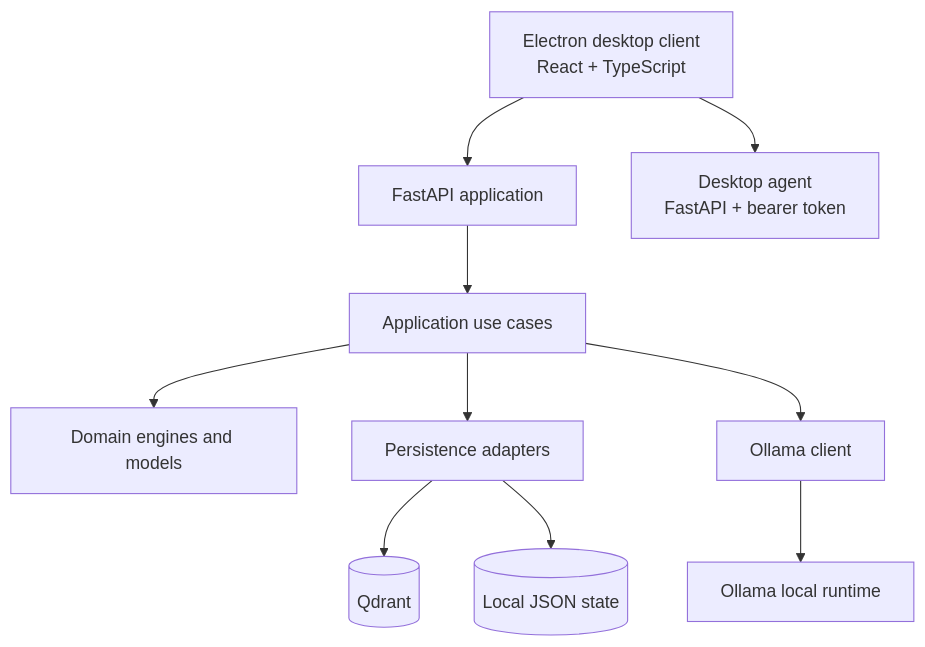
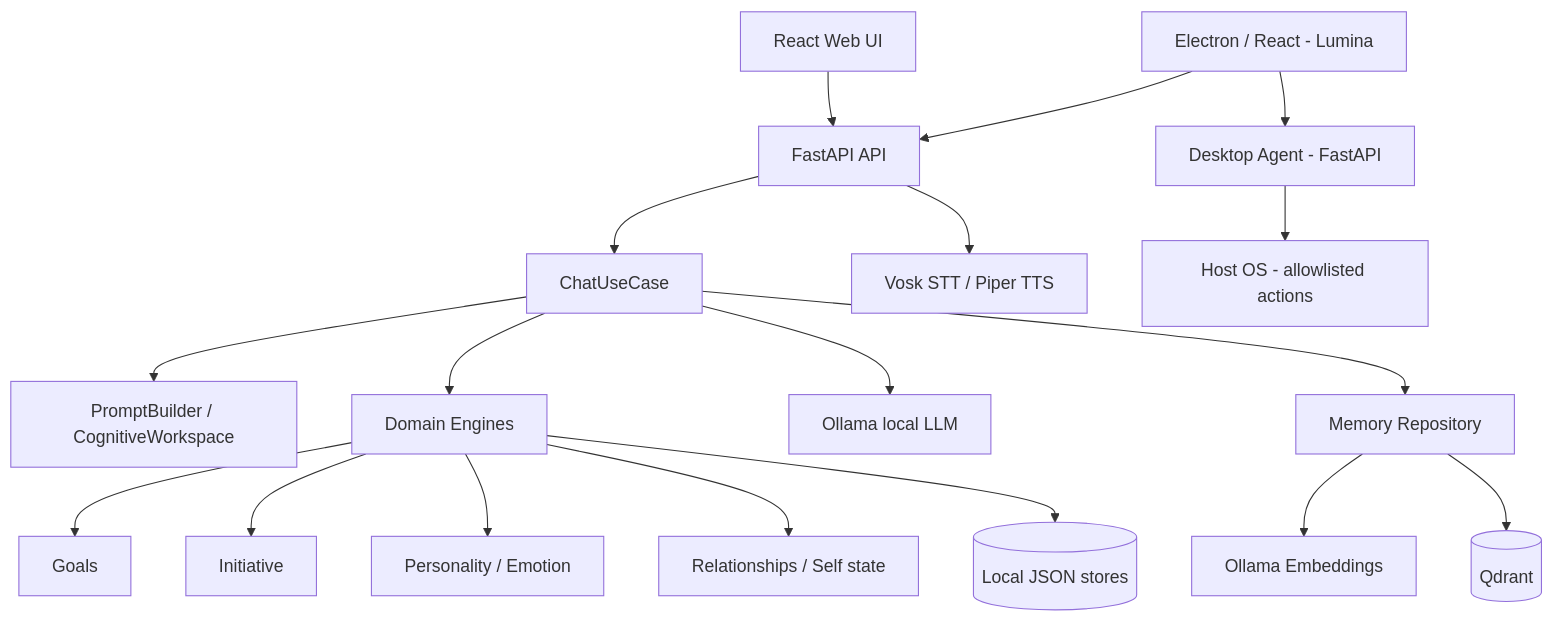
One commit to yafAram/Aletheia changed the diagram in README.md. Above: the diagram before and after it, drawn with Mermaid. The commit also changed other lines of this file, not shown here.

````diff
--- a/README.md
+++ b/README.md
@@ -23,12 +141,20 @@
-```mermaid
+~~~mermaid
 flowchart TB
-    UI[Electron desktop client<br/>React + TypeScript] --> API[FastAPI application]
-    UI --> AGENT[Desktop agent<br/>FastAPI + bearer token]
-    API --> USECASE[Application use cases]
-    USECASE --> DOMAIN[Domain engines and models]
-    USECASE --> STORES[Persistence adapters]
-    USECASE --> LLM[Ollama client]
-    STORES --> QDRANT[(Qdrant)]
-    STORES --> LOCAL[(Local JSON state)]
-    LLM --> OLLAMA[Ollama local runtime]
-```
+    WEB[React Web UI] --> API[FastAPI API]
+    LUMINA[Electron / React - Lumina] --> API
+    LUMINA --> AGENT[Desktop Agent - FastAPI]
+    API --> CHAT[ChatUseCase]
+    CHAT --> PROMPT[PromptBuilder / CognitiveWorkspace]
+    CHAT --> ENGINES[Domain Engines]
+    ENGINES --> GOALS[Goals]
+    ENGINES --> INIT[Initiative]
+    ENGINES --> PERSONALITY[Personality / Emotion]
+    ENGINES --> REL[Relationships / Self state]
+    CHAT --> OLLAMA[Ollama local LLM]
+    CHAT --> MEMORY[Memory Repository]
+    MEMORY --> EMB[Ollama Embeddings]
+    MEMORY --> QDRANT[(Qdrant)]
+    ENGINES --> JSON[(Local JSON stores)]
+    API --> VOICE[Vosk STT / Piper TTS]
+    AGENT --> OS[Host OS - allowlisted actions]
+~~~
````
